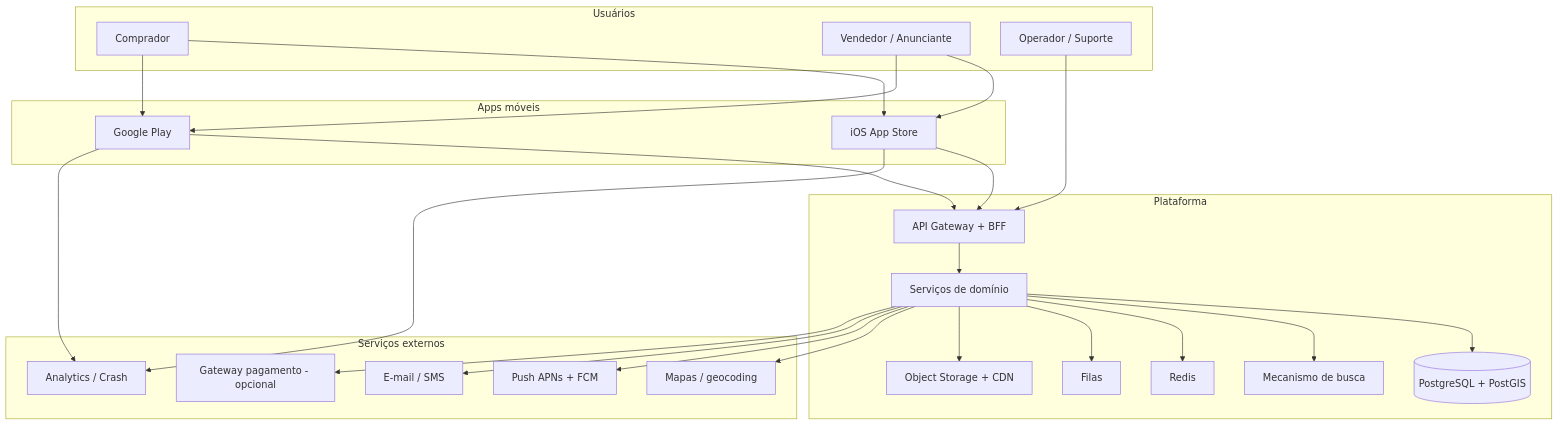
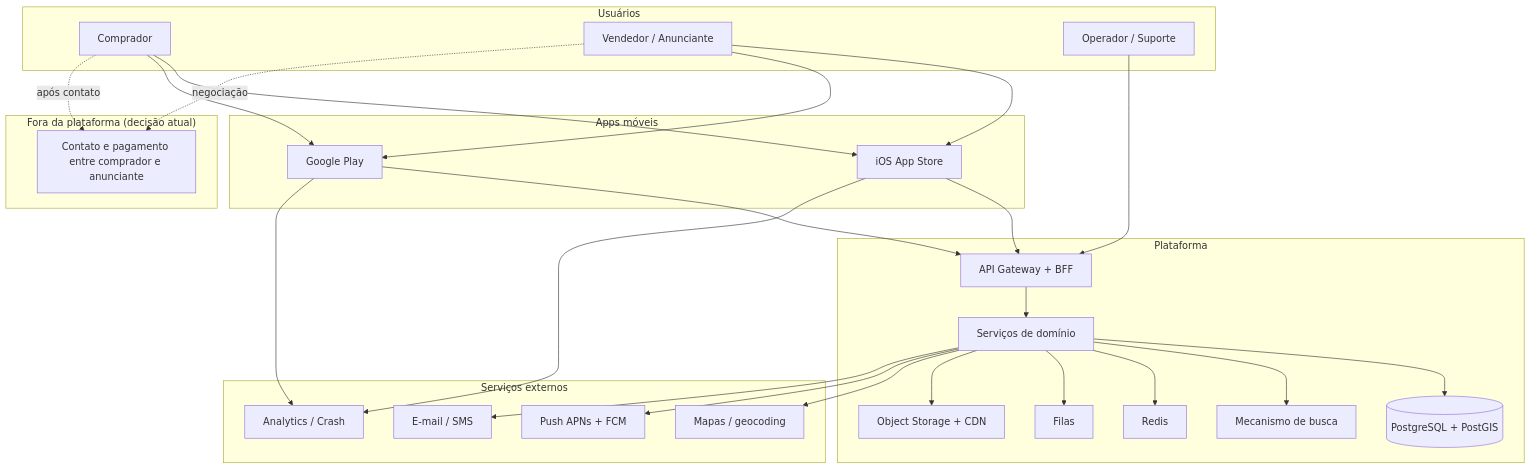
The first of 3 diagrams in marketplace-nacional-app/docs/03-arquitetura-sistema.md (ZartSkummer/NOVOPROJETO), drawn with Mermaid before and after one commit. The commit also changed other lines of this file and 10 other files, not shown here.

````diff
--- a/marketplace-nacional-app/docs/03-arquitetura-sistema.md
+++ b/marketplace-nacional-app/docs/03-arquitetura-sistema.md
@@ -28,51 +34,55 @@
 ```mermaid
 flowchart TB
   subgraph Usuarios["Usuários"]
     C[Comprador]
     V[Vendedor / Anunciante]
     ADM[Operador / Suporte]
   end
 
   subgraph Mobile["Apps móveis"]
     IOS[iOS App Store]
     AND[Google Play]
   end
 
   subgraph Plataforma["Plataforma"]
     API[API Gateway + BFF]
     SVC[Serviços de domínio]
     SRCH[Mecanismo de busca]
     DB[(PostgreSQL + PostGIS)]
     R[Redis]
     Q[Filas]
     OBJ[Object Storage + CDN]
   end
 
   subgraph Externos["Serviços externos"]
     MAP[Mapas / geocoding]
     PUSH[Push APNs + FCM]
     MAIL[E-mail / SMS]
-    PAY[Gateway pagamento - opcional]
     ANLY[Analytics / Crash]
+  end
+
+  subgraph ForaPlat["Fora da plataforma (decisão atual)"]
+    CANAIS[Contato e pagamento entre comprador e anunciante]
   end
 
   C --> IOS
   C --> AND
   V --> IOS
   V --> AND
   IOS --> API
   AND --> API
   ADM --> API
   API --> SVC
   SVC --> DB
   SVC --> SRCH
   SVC --> R
   SVC --> Q
   SVC --> OBJ
   SVC --> MAP
   SVC --> PUSH
   SVC --> MAIL
-  SVC --> PAY
   IOS --> ANLY
   AND --> ANLY
+  C -.->|após contato| CANAIS
+  V -.->|negociação| CANAIS
 ```
````
